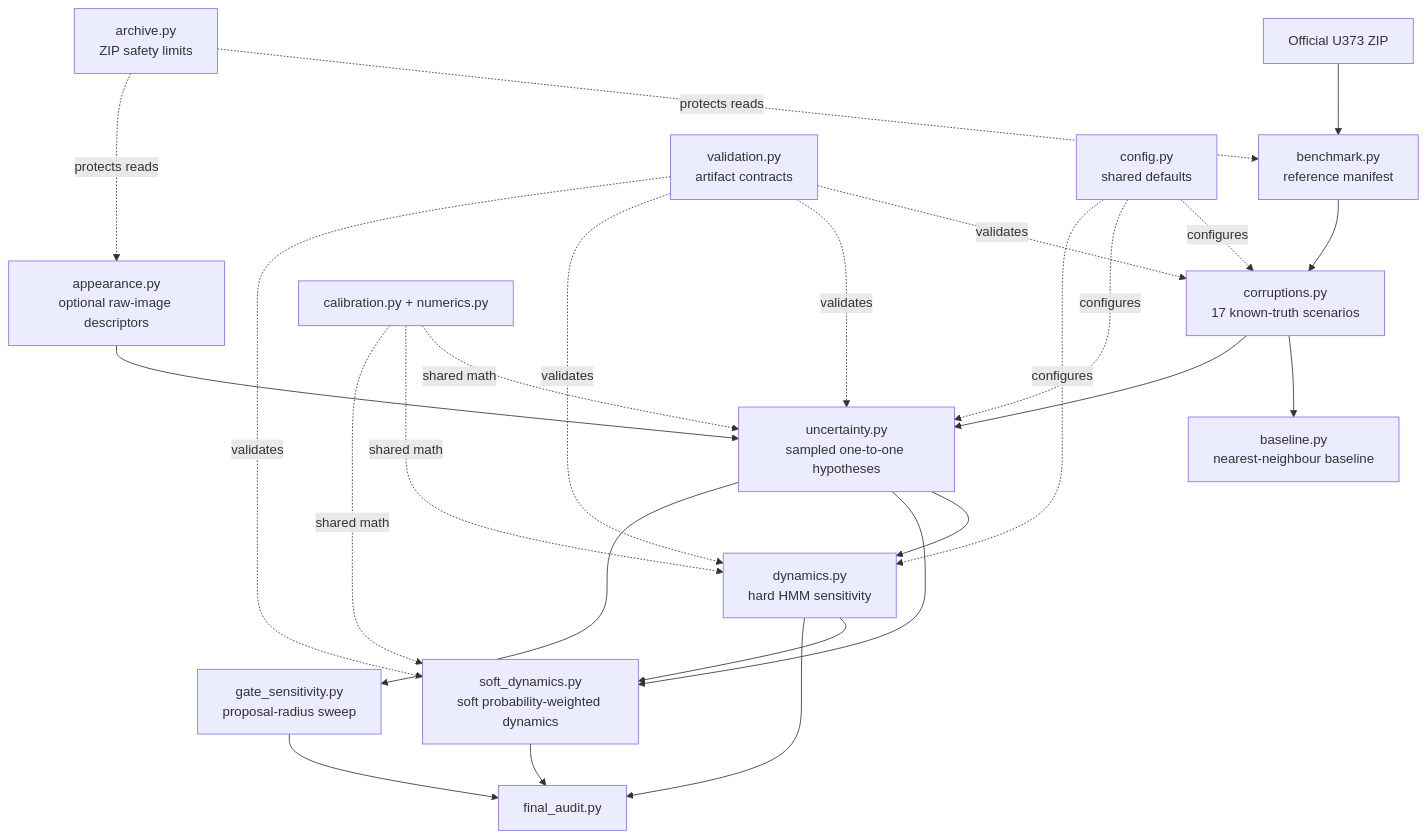
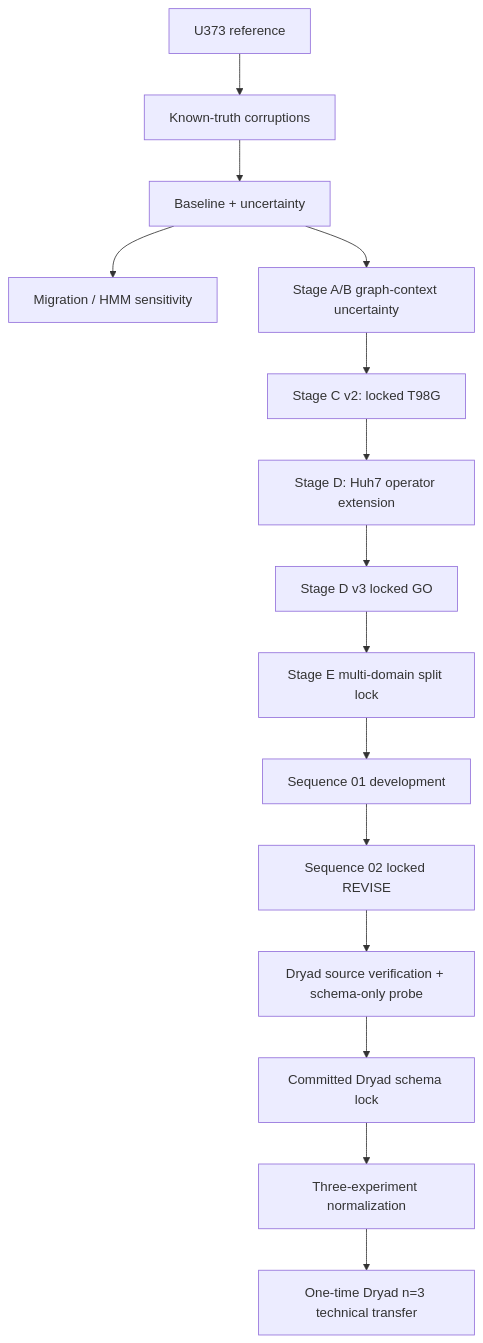
One commit to mohamad679/gbm-tracking-uncertainty changed the diagram in docs/architecture.md. Above: the diagram before and after it, drawn with Mermaid. The commit also changed other lines of this file, not shown here.

Commit message:
Update architecture with final external-transfer stage

````diff
--- a/docs/architecture.md
+++ b/docs/architecture.md
@@ -9,27 +9,17 @@
 ```mermaid
 flowchart TD
-    A[Official U373 ZIP] --> B[benchmark.py\nreference manifest]
-    B --> C[corruptions.py\n17 known-truth scenarios]
-    C --> D[baseline.py\nnearest-neighbour baseline]
-    C --> E[uncertainty.py\nsampled one-to-one hypotheses]
-    E --> F[dynamics.py\nhard HMM sensitivity]
-    E --> G[soft_dynamics.py\nsoft probability-weighted dynamics]
-    F --> G
-    E --> H[gate_sensitivity.py\nproposal-radius sweep]
-    F --> I[final_audit.py]
-    G --> I
-    H --> I
-    J[appearance.py\noptional raw-image descriptors] --> E
-    K[validation.py\nartifact contracts] -. validates .-> C
-    K -. validates .-> E
-    K -. validates .-> F
-    K -. validates .-> G
-    L[config.py\nshared defaults] -. configures .-> C
-    L -. configures .-> E
-    L -. configures .-> F
-    M[calibration.py + numerics.py] -. shared math .-> E
-    M -. shared math .-> F
-    M -. shared math .-> G
-    N[archive.py\nZIP safety limits] -. protects reads .-> B
-    N -. protects reads .-> J
+    A[U373 reference] --> B[Known-truth corruptions]
+    B --> C[Baseline + uncertainty]
+    C --> D[Migration / HMM sensitivity]
+    C --> E[Stage A/B graph-context uncertainty]
+    E --> F[Stage C v2: locked T98G]
+    F --> G[Stage D: Huh7 operator extension]
+    G --> H[Stage D v3 locked GO]
+    H --> I[Stage E multi-domain split lock]
+    I --> J[Sequence 01 development]
+    J --> K[Sequence 02 locked REVISE]
+    K --> L[Dryad source verification + schema-only probe]
+    L --> M[Committed Dryad schema lock]
+    M --> N[Three-experiment normalization]
+    N --> O[One-time Dryad n=3 technical transfer]
 ```
````
